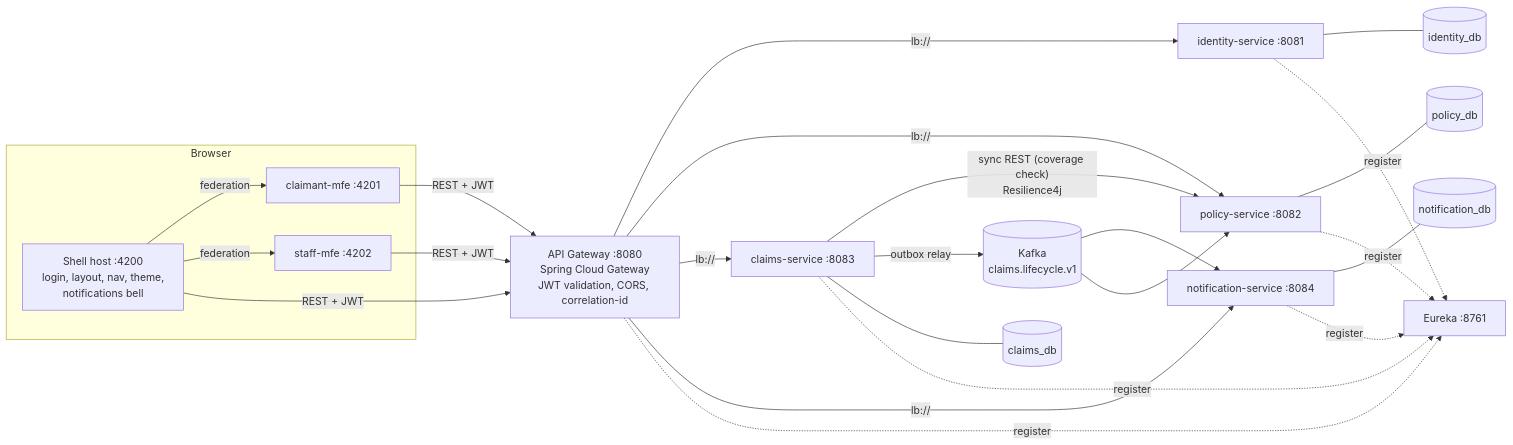
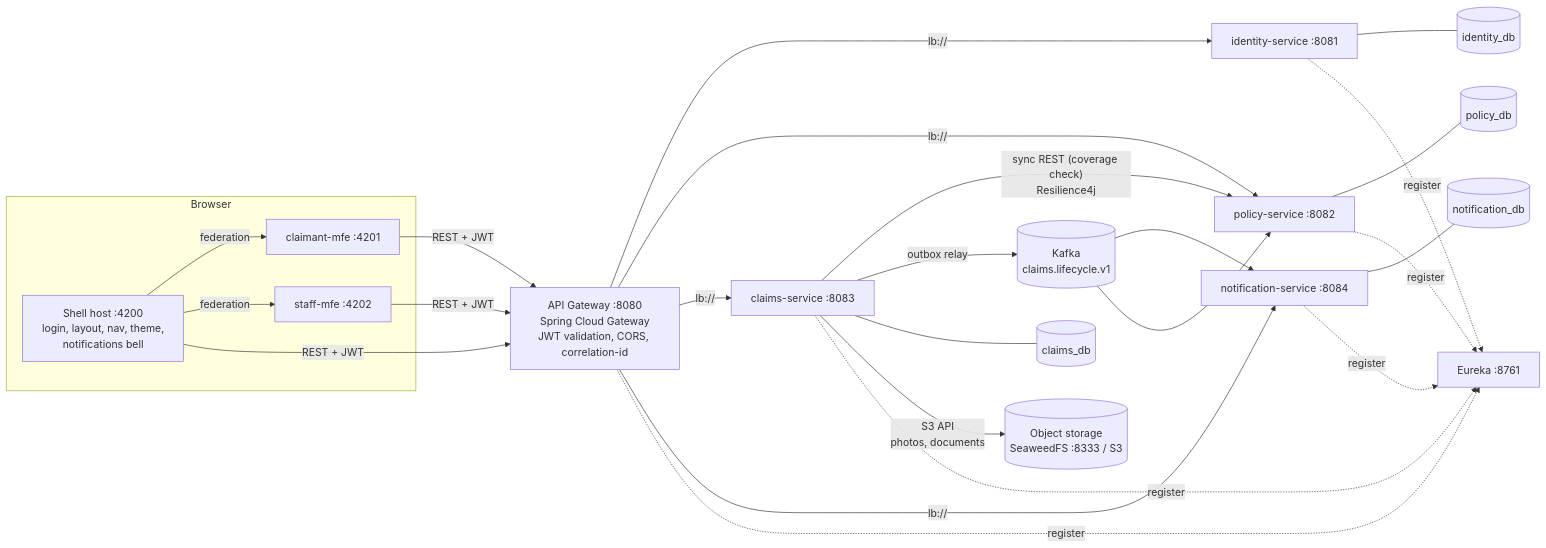
One commit to subbukurcheti557/claims-management-platform changed the first of 5 diagrams in docs/ARCHITECTURE.md. Above: the diagram before and after it, drawn with Mermaid. The commit also changed other lines of this file and 59 other files, not shown here.

````diff
--- a/docs/ARCHITECTURE.md
+++ b/docs/ARCHITECTURE.md
@@ -40,31 +40,32 @@
 ```mermaid
 flowchart LR
   subgraph Browser
     SH[Shell host :4200<br/>login, layout, nav, theme,<br/>notifications bell]
     CM[claimant-mfe :4201]
     SM[staff-mfe :4202]
     SH -- federation --> CM
     SH -- federation --> SM
   end
 
   SH & CM & SM -->|REST + JWT| GW[API Gateway :8080<br/>Spring Cloud Gateway<br/>JWT validation, CORS, correlation-id]
 
   GW -->|lb://| ID[identity-service :8081]
   GW -->|lb://| PS[policy-service :8082]
   GW -->|lb://| CS[claims-service :8083]
   GW -->|lb://| NS[notification-service :8084]
 
   CS -- "sync REST (coverage check)<br/>Resilience4j" --> PS
 
   CS -- outbox relay --> K[(Kafka<br/>claims.lifecycle.v1)]
   K --> NS
   K --> PS
 
   ID --- DB1[(identity_db)]
   PS --- DB2[(policy_db)]
   CS --- DB3[(claims_db)]
+  CS -- "S3 API<br/>photos, documents" --> OS[(Object storage<br/>SeaweedFS :8333 / S3)]
   NS --- DB4[(notification_db)]
 
   EU[Eureka :8761]
   GW & ID & PS & CS & NS -. register .-> EU
 ```
````
